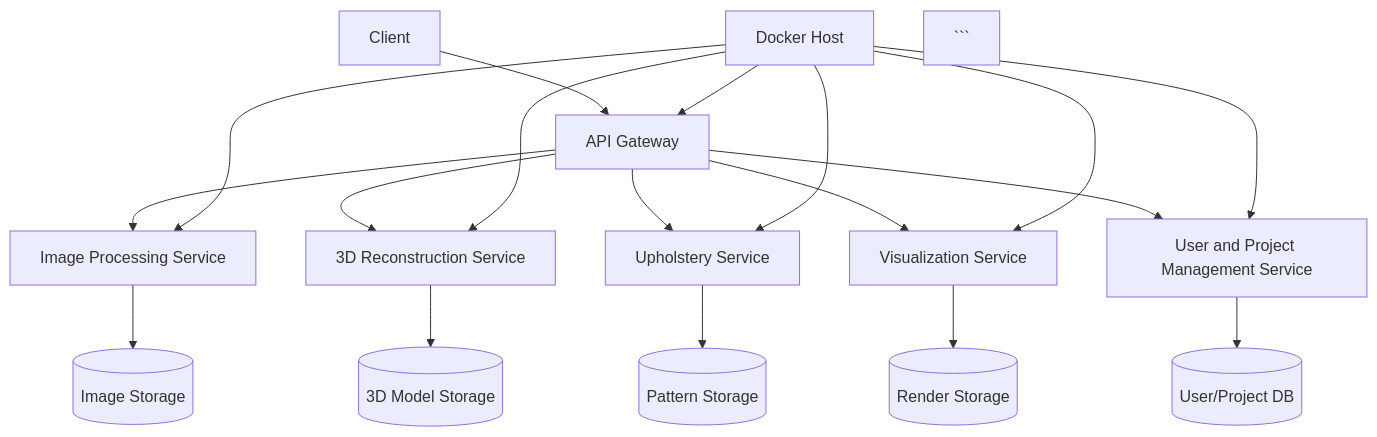
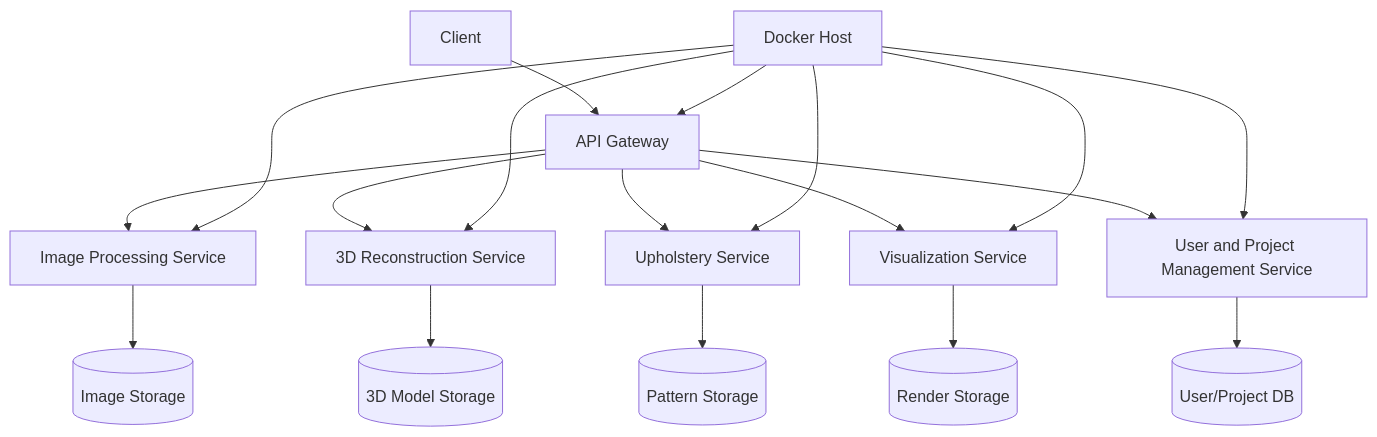
Before and after one commit to zbuhrer/stitchsketch: the diagram in README.md, drawn with Mermaid.

Commit message:
README.md details

`````diff
--- a/README.md
+++ b/README.md
@@ -9,24 +9,23 @@
-````mermaid
+```mermaid
 graph TD
     A[Client] --> B[API Gateway]
     B --> C[Image Processing Service]
     B --> D[3D Reconstruction Service]
     B --> E[Upholstery Service]
     B --> F[Visualization Service]
     B --> G[User and Project Management Service]
 
     C --> H[(Image Storage)]
     D --> I[(3D Model Storage)]
     E --> J[(Pattern Storage)]
     F --> K[(Render Storage)]
     G --> L[(User/Project DB)]
 
     M[Docker Host]
     M --> B
     M --> C
     M --> D
     M --> E
     M --> F
     M --> G
-    ```
-````
+```
`````
